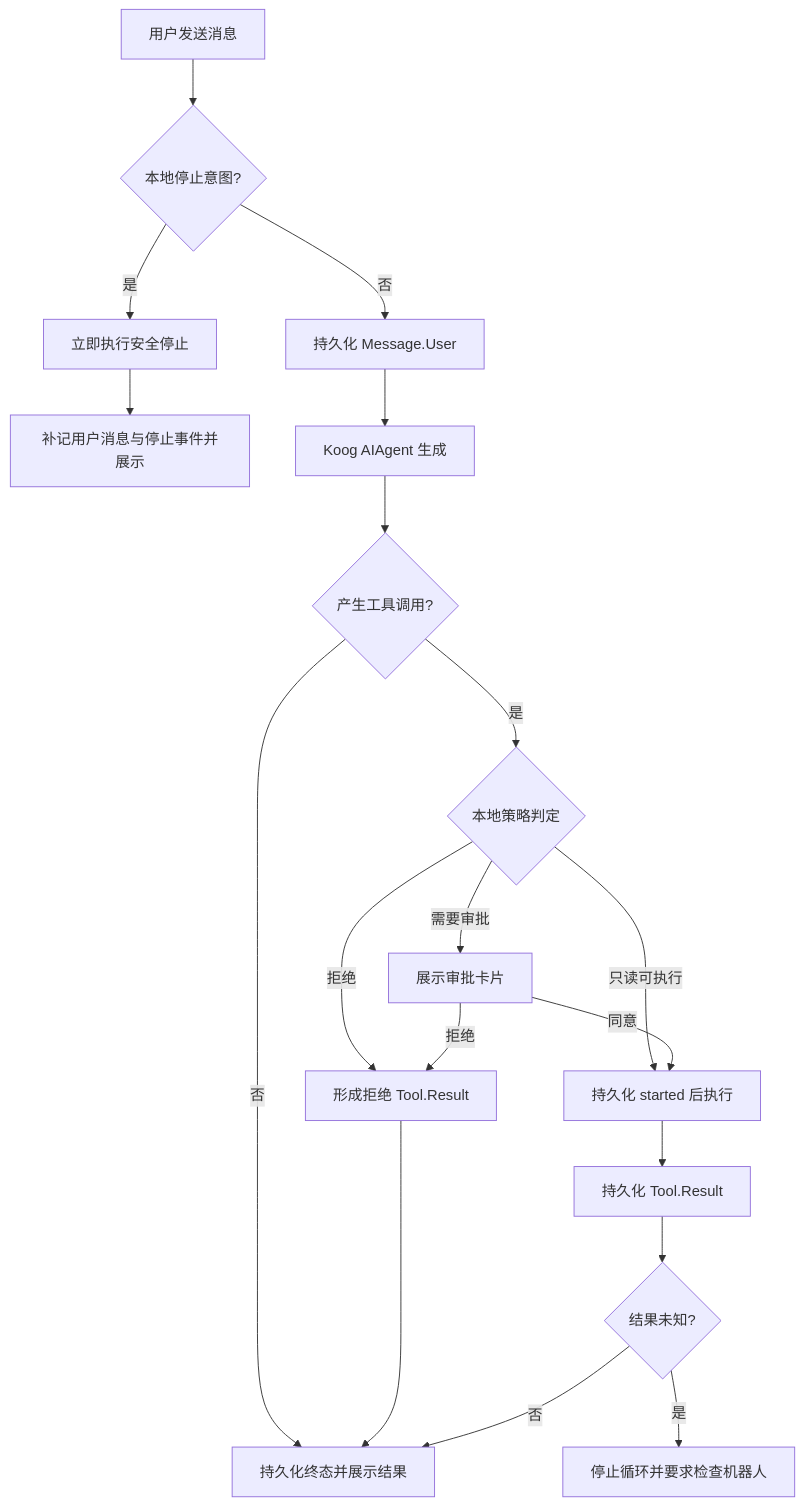
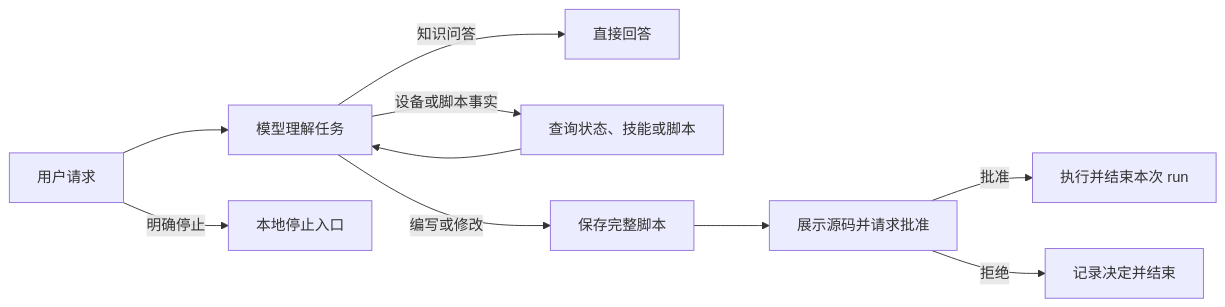
The diagram in docs/conversation-agent-product-design.md (elonzh/hanppie), drawn with Mermaid before and after one commit. The commit also changed other lines of this file and 13 other files, not shown here.

````diff
--- a/docs/conversation-agent-product-design.md
+++ b/docs/conversation-agent-product-design.md
@@ -152,21 +13,12 @@
 ```mermaid
-flowchart TD
-    INPUT[用户发送消息] --> FAST{本地停止意图?}
-    FAST -->|是| STOP[立即执行安全停止]
-    STOP --> STOP_RESULT[补记用户消息与停止事件并展示]
-    FAST -->|否| SAVE[持久化 Message.User]
-    SAVE --> MODEL[Koog AIAgent 生成]
-    MODEL --> CALL{产生工具调用?}
-    CALL -->|否| ANSWER[持久化终态并展示结果]
-    CALL -->|是| POLICY{本地策略判定}
-    POLICY -->|拒绝| DENY[形成拒绝 Tool.Result]
-    POLICY -->|只读可执行| EXECUTE[持久化 started 后执行]
-    POLICY -->|需要审批| APPROVAL[展示审批卡片]
-    APPROVAL -->|拒绝| DENY
-    APPROVAL -->|同意| EXECUTE
-    EXECUTE --> RESULT[持久化 Tool.Result]
-    DENY --> ANSWER
-    RESULT --> UNKNOWN{结果未知?}
-    UNKNOWN -->|是| ATTENTION[停止循环并要求检查机器人]
-    UNKNOWN -->|否| ANSWER
+flowchart LR
+    REQUEST[用户请求] --> MODEL[模型理解任务]
+    MODEL -->|知识问答| ANSWER[直接回答]
+    MODEL -->|设备或脚本事实| READ[查询状态、技能或脚本]
+    READ --> MODEL
+    MODEL -->|编写或修改| SAVE[保存完整脚本]
+    SAVE --> REVIEW[展示源码并请求批准]
+    REVIEW -->|批准| EXECUTE[执行并结束本次 run]
+    REVIEW -->|拒绝| END[记录决定并结束]
+    REQUEST -->|明确停止| STOP[本地停止入口]
 ```
````
